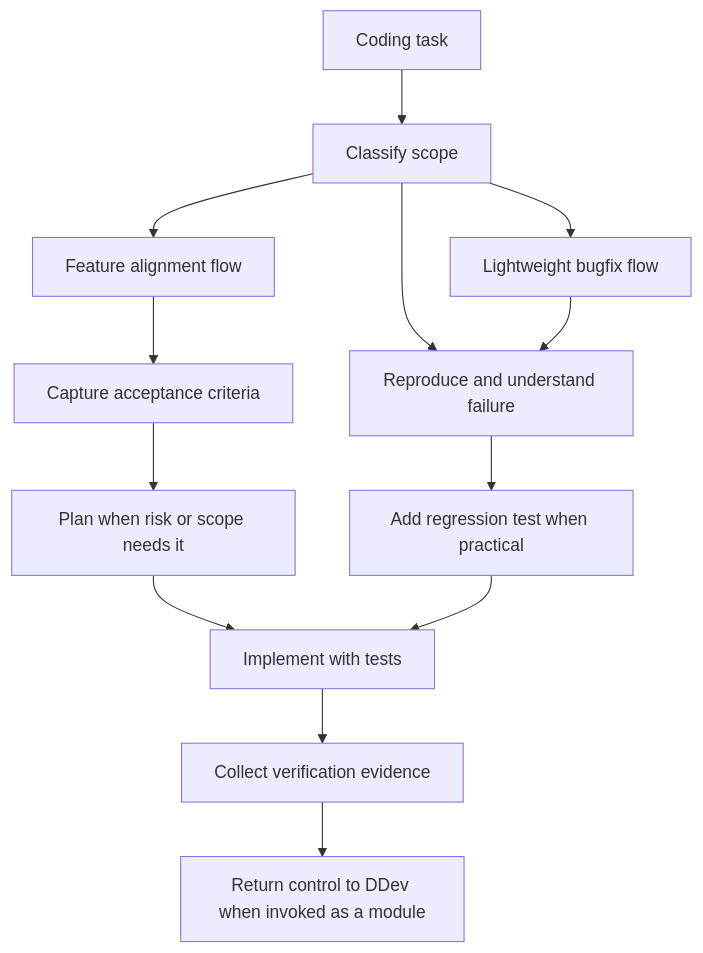
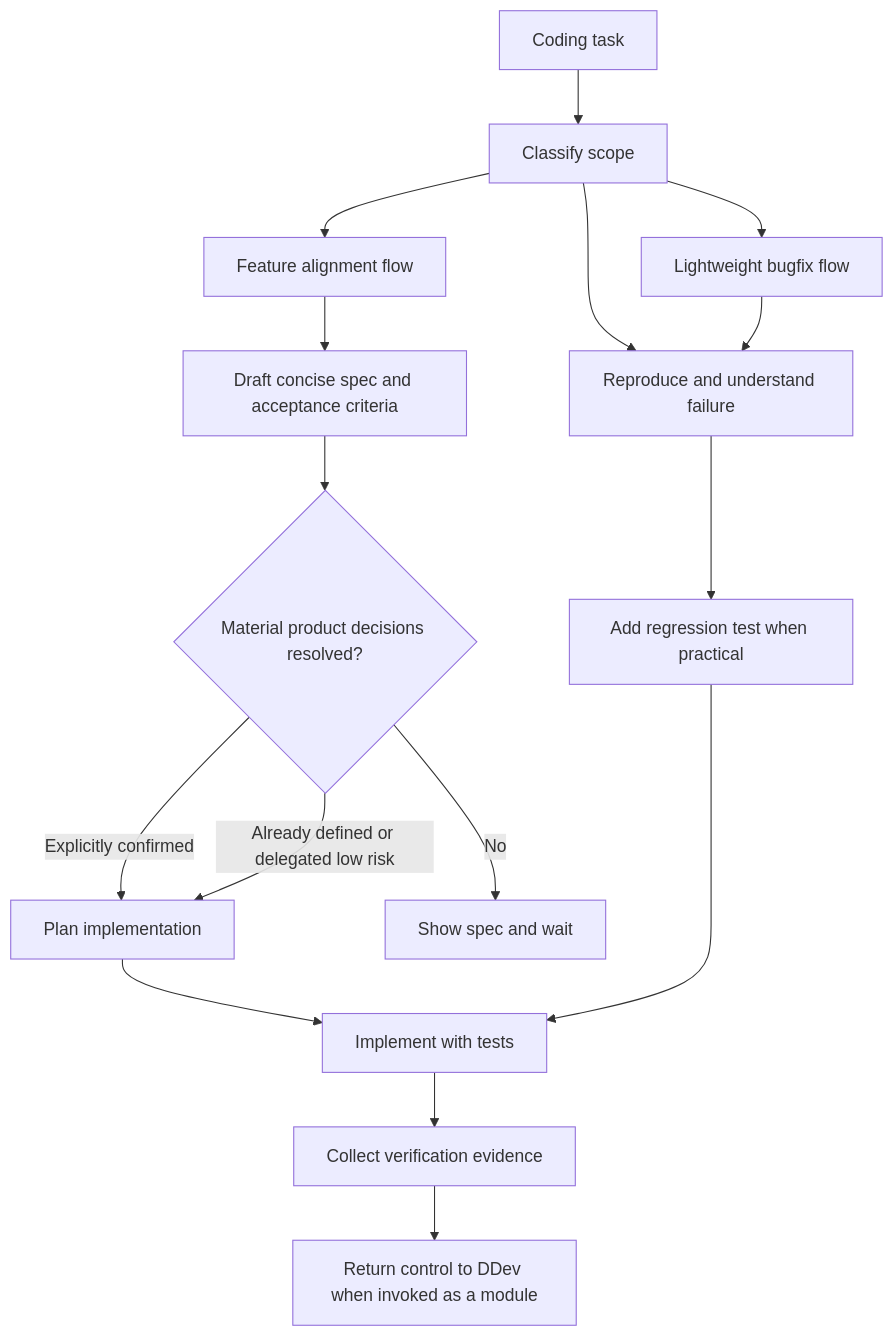
Before and after one commit to deweyou/harness: the diagram in skills/spec-driven-coding/README.md, drawn with Mermaid. The commit also changed other lines of this file and 11 other files, not shown here.

````diff
--- a/skills/spec-driven-coding/README.md
+++ b/skills/spec-driven-coding/README.md
@@ -13,15 +13,18 @@
 ```mermaid
 flowchart TD
     Task["Coding task"] --> Classify["Classify scope"]
     Classify --> Feature["Feature alignment flow"]
     Classify --> Bugfix["Lightweight bugfix flow"]
     Classify --> Debug["Debugging flow"]
-    Feature --> Criteria["Capture acceptance criteria"]
-    Criteria --> Plan["Plan when risk or scope needs it"]
+    Feature --> Criteria["Draft concise spec and acceptance criteria"]
+    Criteria --> Gate{"Material product decisions resolved?"}
+    Gate -->|"Explicitly confirmed"| Plan["Plan implementation"]
+    Gate -->|"Already defined or delegated low risk"| Plan
+    Gate -->|"No"| Wait["Show spec and wait"]
     Bugfix --> Debug["Reproduce and understand failure"]
     Debug --> Regression["Add regression test when practical"]
     Plan --> Code["Implement with tests"]
     Regression --> Code
     Code --> Evidence["Collect verification evidence"]
     Evidence --> DDev["Return control to DDev when invoked as a module"]
 ```
````
